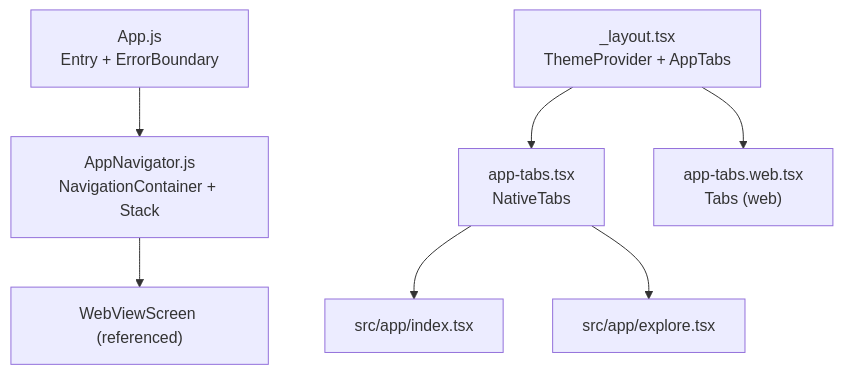
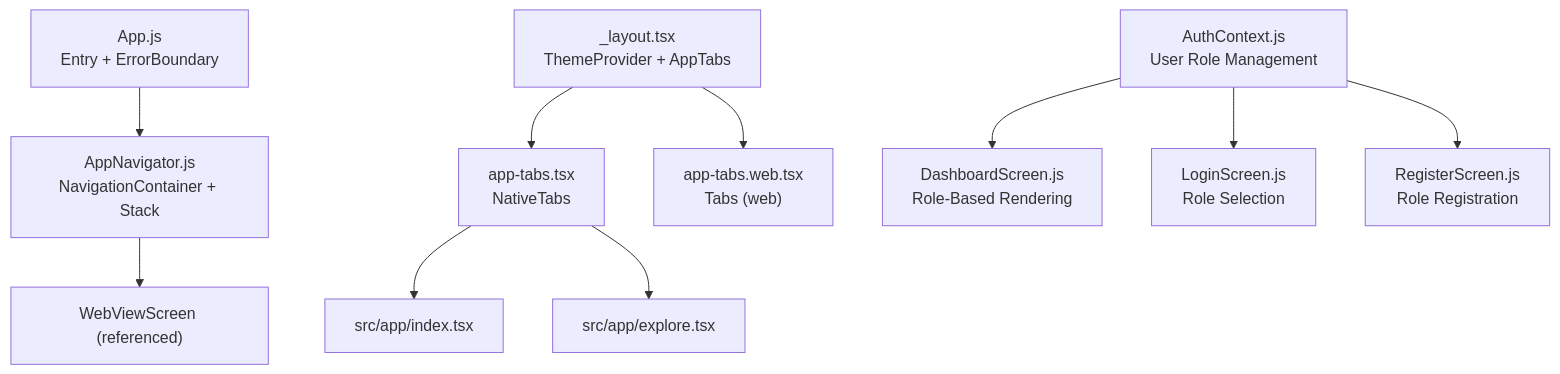
One commit to richard254120/axx-spaces-frontend changed the first of 10 diagrams in .qoder/repowiki/en/content/Mobile Application/Navigation System.md. Above: the diagram before and after it, drawn with Mermaid. The commit also changed other lines of this file and 31 other files, not shown here.

````diff
--- a/.qoder/repowiki/en/content/Mobile Application/Navigation System.md
+++ b/.qoder/repowiki/en/content/Mobile Application/Navigation System.md
@@ -46,9 +65,12 @@
 ```mermaid
 graph TB
 Entry["App.js<br/>Entry + ErrorBoundary"] --> RootNav["AppNavigator.js<br/>NavigationContainer + Stack"]
 RootNav --> WebViewScreen["WebViewScreen (referenced)"]
 Shell["_layout.tsx<br/>ThemeProvider + AppTabs"] --> TabsNative["app-tabs.tsx<br/>NativeTabs"]
 Shell --> TabsWeb["app-tabs.web.tsx<br/>Tabs (web)"]
 TabsNative --> HomeRoute["src/app/index.tsx"]
 TabsNative --> ExploreRoute["src/app/explore.tsx"]
+Auth["AuthContext.js<br/>User Role Management"] --> Dashboard["DashboardScreen.js<br/>Role-Based Rendering"]
+Auth --> Login["LoginScreen.js<br/>Role Selection"]
+Auth --> Register["RegisterScreen.js<br/>Role Registration"]
 ```
````
